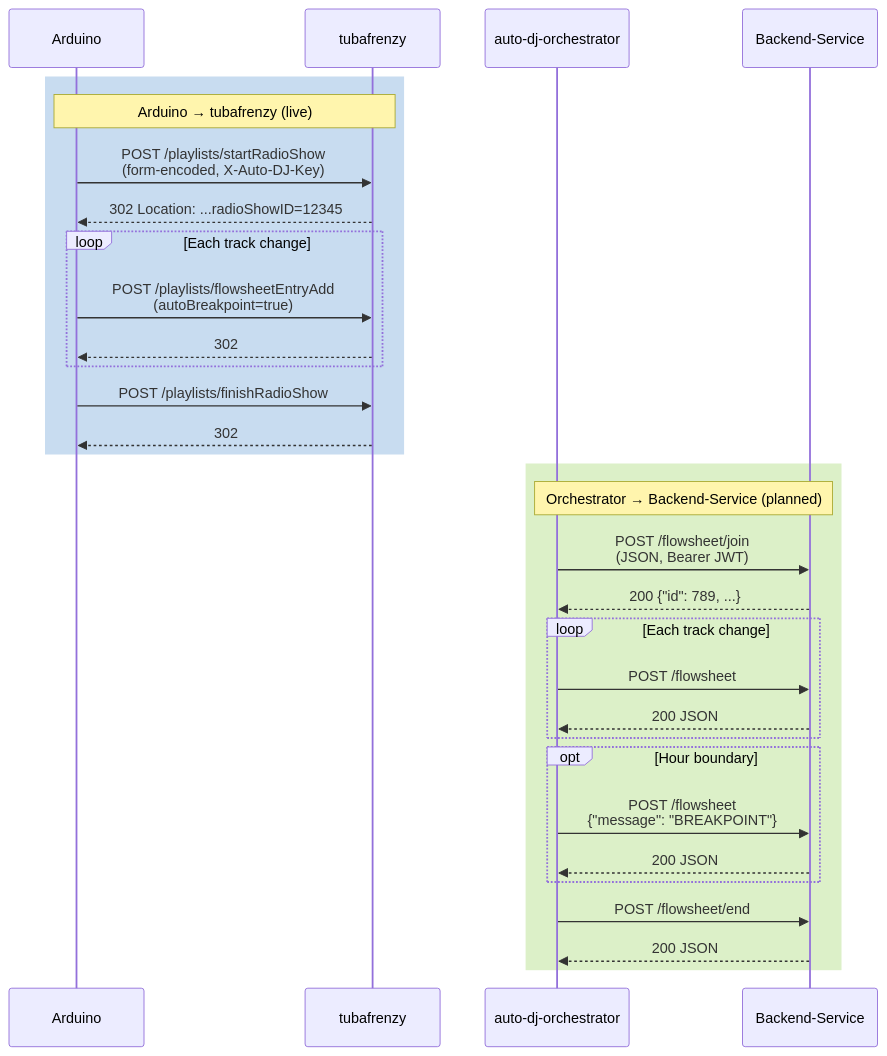
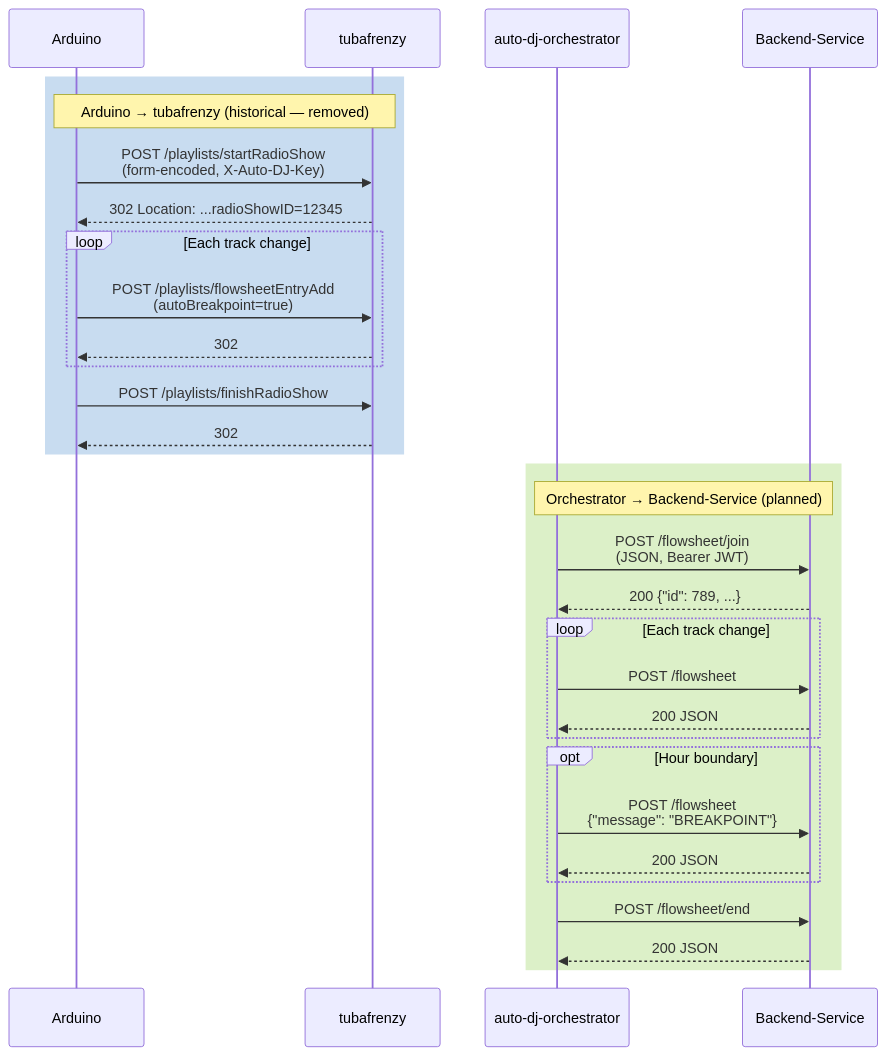
One commit to WXYC/auto-dj-arduino-switch changed the third of 16 diagrams in docs/networking-spec.md. Above: the diagram before and after it, drawn with Mermaid. The commit also changed other lines of this file, not shown here.

````diff
--- a/docs/networking-spec.md
+++ b/docs/networking-spec.md
@@ -497,40 +497,40 @@
 ```mermaid
 sequenceDiagram
     participant Arduino
     participant TF as tubafrenzy
     participant ORCH as auto-dj-orchestrator
     participant BS as Backend-Service
 
     rect rgb(200, 220, 240)
-    Note over Arduino,TF: Arduino → tubafrenzy (live)
+    Note over Arduino,TF: Arduino → tubafrenzy (historical — removed)
     Arduino->>TF: POST /playlists/startRadioShow<br/>(form-encoded, X-Auto-DJ-Key)
     TF-->>Arduino: 302 Location: ...radioShowID=12345
 
     loop Each track change
         Arduino->>TF: POST /playlists/flowsheetEntryAdd<br/>(autoBreakpoint=true)
         TF-->>Arduino: 302
     end
 
     Arduino->>TF: POST /playlists/finishRadioShow
     TF-->>Arduino: 302
     end
 
     rect rgb(220, 240, 200)
     Note over ORCH,BS: Orchestrator → Backend-Service (planned)
     ORCH->>BS: POST /flowsheet/join<br/>(JSON, Bearer JWT)
     BS-->>ORCH: 200 {"id": 789, ...}
 
     loop Each track change
         ORCH->>BS: POST /flowsheet
         BS-->>ORCH: 200 JSON
     end
 
     opt Hour boundary
         ORCH->>BS: POST /flowsheet<br/>{"message": "BREAKPOINT"}
         BS-->>ORCH: 200 JSON
     end
 
     ORCH->>BS: POST /flowsheet/end
     BS-->>ORCH: 200 JSON
     end
 ```
````
